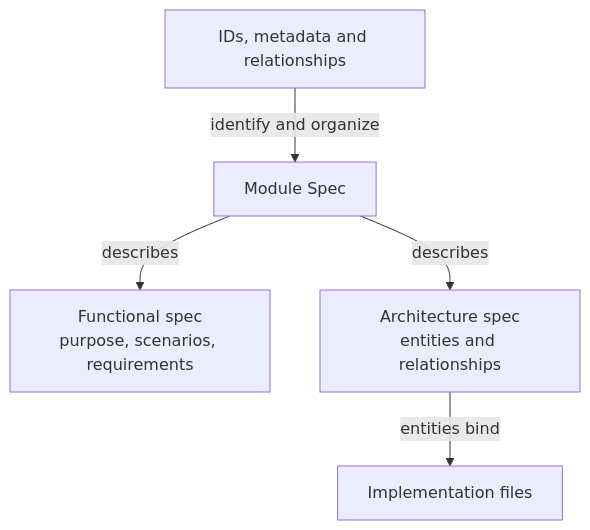
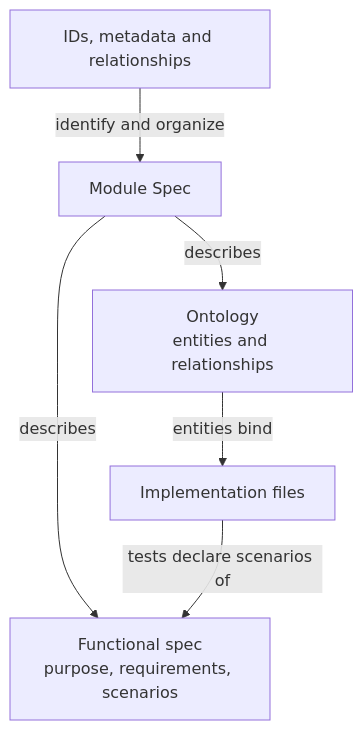
One commit to FTOD/concorde changed the diagram in protocol/README.md. Above: the diagram before and after it, drawn with Mermaid. The commit also changed other lines of this file and 79 other files, not shown here.

First line of the commit message:
feat(protocol)!: Spec Protocol 4.0.0 with Ontology, Module-level requirements, ID anchors and test-declared scenarios

````diff
--- a/protocol/README.md
+++ b/protocol/README.md
@@ -24,14 +25,15 @@
 ```mermaid
 flowchart TB
     accTitle: Information represented by project specifications
-    accDescr: Spec management declarations identify and organize Module Specs. A Module Spec describes a functional specification of purpose, scenarios and requirements, and an architecture specification of entities and relationships. Architecture entities bind the implementation files that realize them, as exact files or directory prefixes.
+    accDescr: Spec management declarations identify and organize Module Specs. A Module Spec describes a functional specification of purpose, requirements and scenarios, and an architecture specification, the Ontology, of entities and relationships. Entities bind the implementation files that realize them, as exact files or directory prefixes, and tests among those files declare the scenarios they verify.
     organization["IDs, metadata and relationships"]
     moduleSpec["Module Spec"]
-    functional["Functional spec<br/>purpose, scenarios, requirements"]
-    architecture["Architecture spec<br/>entities and relationships"]
+    functional["Functional spec<br/>purpose, requirements, scenarios"]
+    architecture["Ontology<br/>entities and relationships"]
     files["Implementation files"]
     organization -->|identify and organize| moduleSpec
     moduleSpec -->|describes| functional
     moduleSpec -->|describes| architecture
     architecture -->|entities bind| files
+    files -->|tests declare scenarios of| functional
 ```
````
